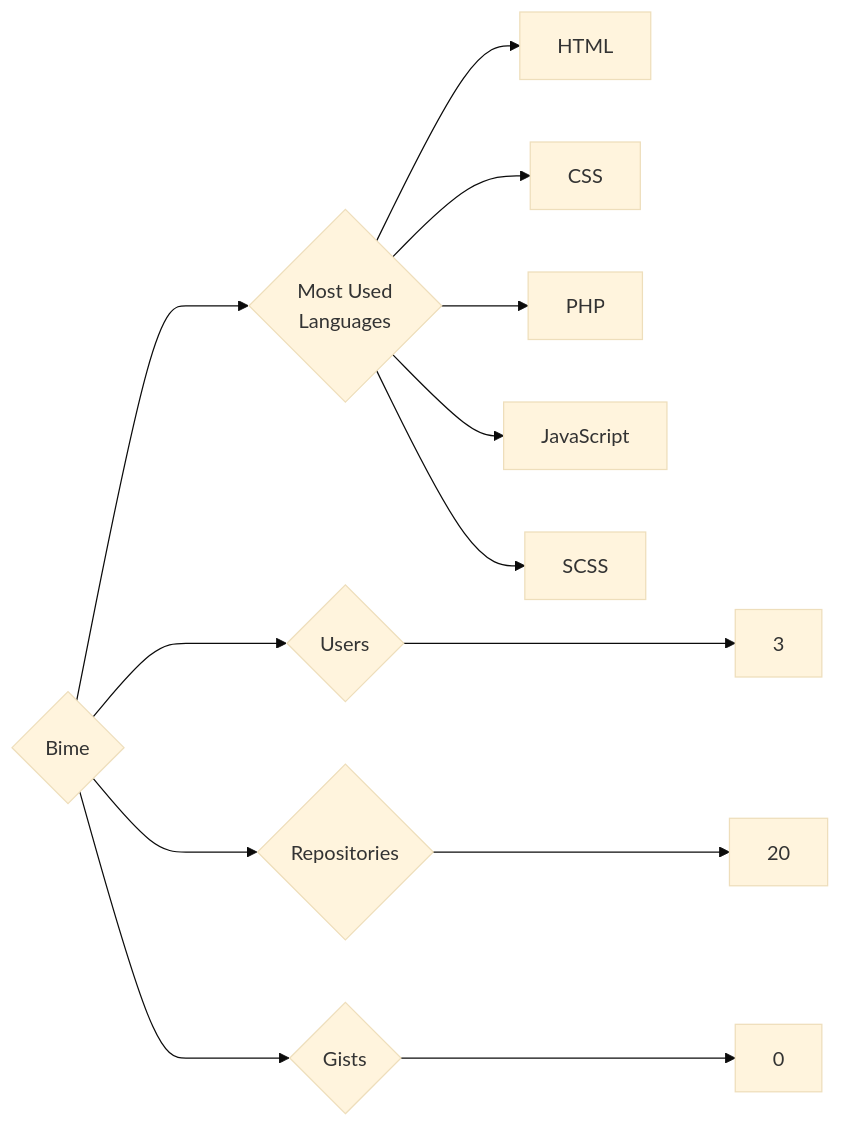
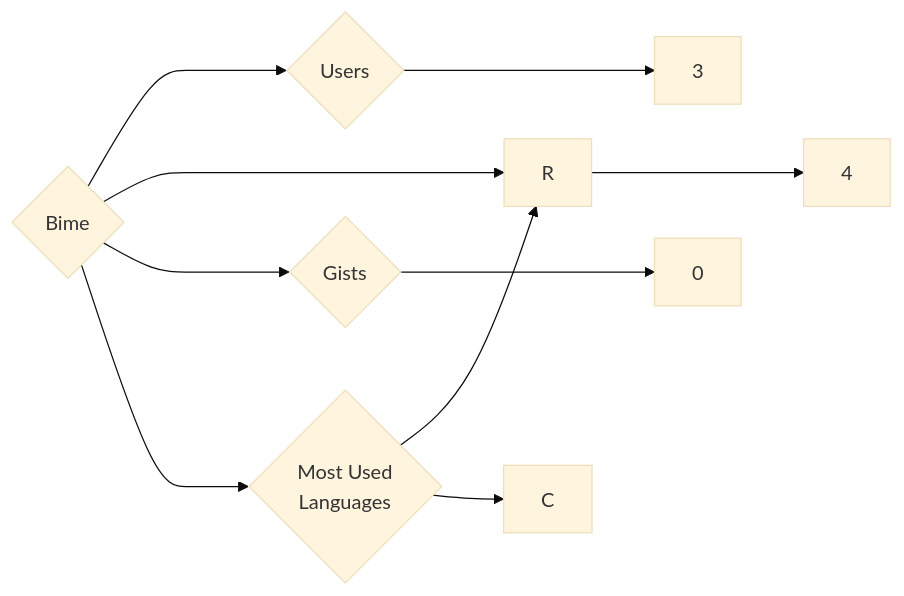
Before and after one commit to trickest/insiders: the diagram in targets/Bime/README.md, drawn with Mermaid (base theme). The commit also changed 809 other files, not shown here.

````diff
--- a/targets/Bime/README.md
+++ b/targets/Bime/README.md
@@ -3,13 +3,10 @@
 ```mermaid
 graph LR
 COMPANY_NAME{Bime}
 COMPANY_NAME ---> U{Users} ---> UN[3]
-COMPANY_NAME ---> R{Repositories} ---> RN[20]
+COMPANY_NAME ---> R{Repositories} ---> RN[4]
 COMPANY_NAME ---> G{Gists} ---> GN[0]
 COMPANY_NAME ---> ML{Most Used<br>Languages}
-ML --> HTML[HTML]
-ML --> CSS[CSS]
-ML --> PHP[PHP]
-ML --> JavaScript[JavaScript]
-ML --> SCSS[SCSS]
+ML --> R[R]
+ML --> C[C]
 ```
````
